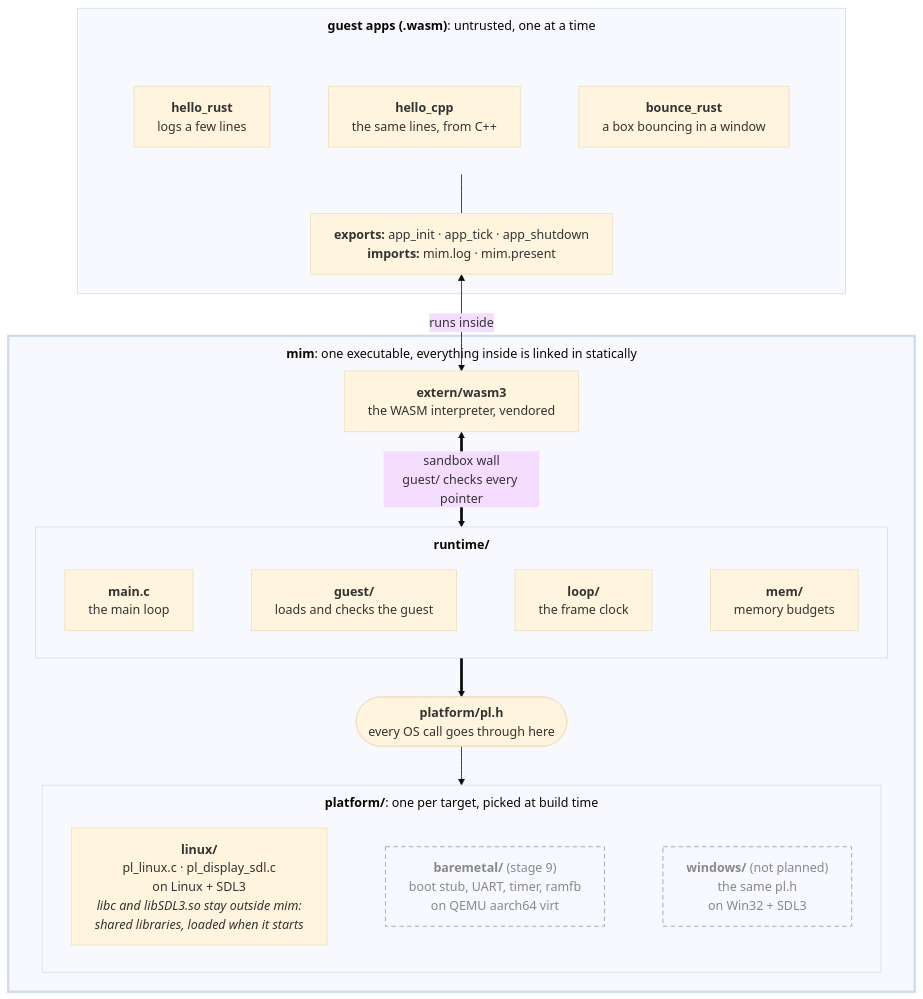
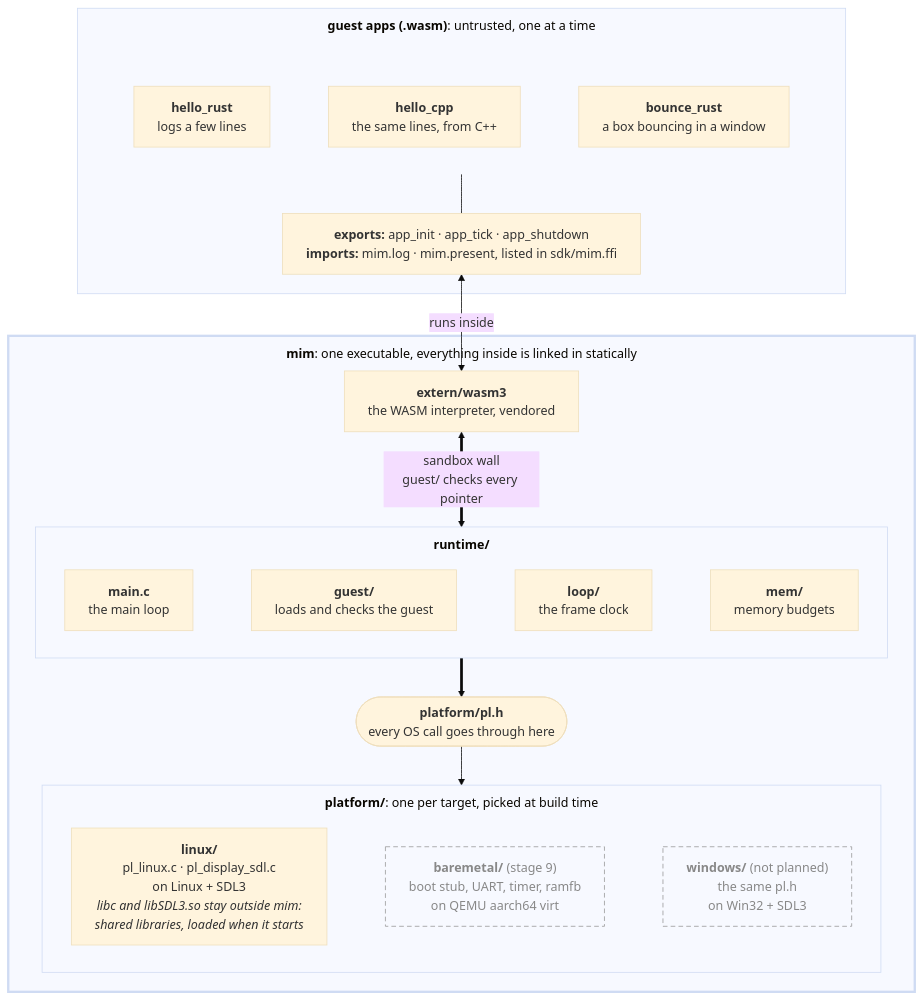
Before and after one commit to arinal/mim: the first of 3 diagrams in README.md, drawn with Mermaid (base theme). The commit also changed other lines of this file, not shown here.

````diff
--- a/README.md
+++ b/README.md
@@ -12,51 +12,51 @@
 ```mermaid
 %%{init: {"flowchart": {"wrappingWidth": 400, "subGraphTitleMargin": {"top": 10, "bottom": 10}}}}%%
 flowchart TB
     accTitle: How MIM fits together
     accDescr: Everything except the guest apps is one executable, mim; on Linux it loads libc and libSDL3 as shared libraries. Three untrusted WASM guest apps (hello_rust, hello_cpp, bounce_rust), loaded one at a time, run inside the wasm3 interpreter. Their imports reach the runtime's guest loader, which checks every pointer. The runtime reaches the OS only through platform/pl.h. Linux implements it today; bare metal in QEMU is planned for stage 9, and Windows is not planned.
 
     subgraph apps["<b>guest apps (.wasm)</b>: untrusted, one at a time"]
         subgraph list[" "]
             direction LR
             hello_rust["<b>hello_rust</b><br/>logs a few lines"]
             hello_cpp["<b>hello_cpp</b><br/>the same lines, from C++"]
             bounce_rust["<b>bounce_rust</b><br/>a box bouncing in a window"]
             hello_rust ~~~ hello_cpp ~~~ bounce_rust
         end
-        abi["<b>exports:</b> app_init · app_tick · app_shutdown<br/><b>imports:</b> mim.log · mim.present"]
+        abi["<b>exports:</b> app_init · app_tick · app_shutdown<br/><b>imports:</b> mim.log · mim.present, listed in sdk/mim.ffi"]
         list --- abi
     end
 
     subgraph mim["<b>mim</b>: one executable, everything inside is linked in statically"]
         wasm3["<b>extern/wasm3</b><br/>the WASM interpreter, vendored"]
 
         subgraph runtime["<b>runtime/</b>"]
             direction LR
             main["<b>main.c</b><br/>the main loop"]
             loader["<b>guest/</b><br/>loads and checks the guest"]
             loop["<b>loop/</b><br/>the frame clock"]
             mem["<b>mem/</b><br/>memory budgets"]
             main ~~~ loader ~~~ loop ~~~ mem
         end
 
         pl(["<b>platform/pl.h</b><br/>every OS call goes through here"])
 
         subgraph platforms["<b>platform/</b>: one per target, picked at build time"]
             direction LR
             linux["<b>linux/</b><br/>pl_linux.c · pl_display_sdl.c<br/>on Linux + SDL3<br/><i>libc and libSDL3.so stay outside mim:<br/>shared libraries, loaded when it starts</i>"]
             baremetal["<b>baremetal/</b> (stage 9)<br/>boot stub, UART, timer, ramfb<br/>on QEMU aarch64 virt"]
             windows["<b>windows/</b> (not planned)<br/>the same pl.h<br/>on Win32 + SDL3"]
             linux ~~~ baremetal ~~~ windows
         end
     end
 
     abi <-- "runs inside" --> wasm3
     wasm3 <== "sandbox wall<br/>guest/ checks every pointer" ==> runtime
     runtime ==> pl
     pl --> platforms
 
     classDef planned fill:none,stroke:#999,stroke-dasharray:6 4,color:#888
     class baremetal,windows planned
     style mim stroke-width:3px
     style list fill:none,stroke:none
 ```
````
